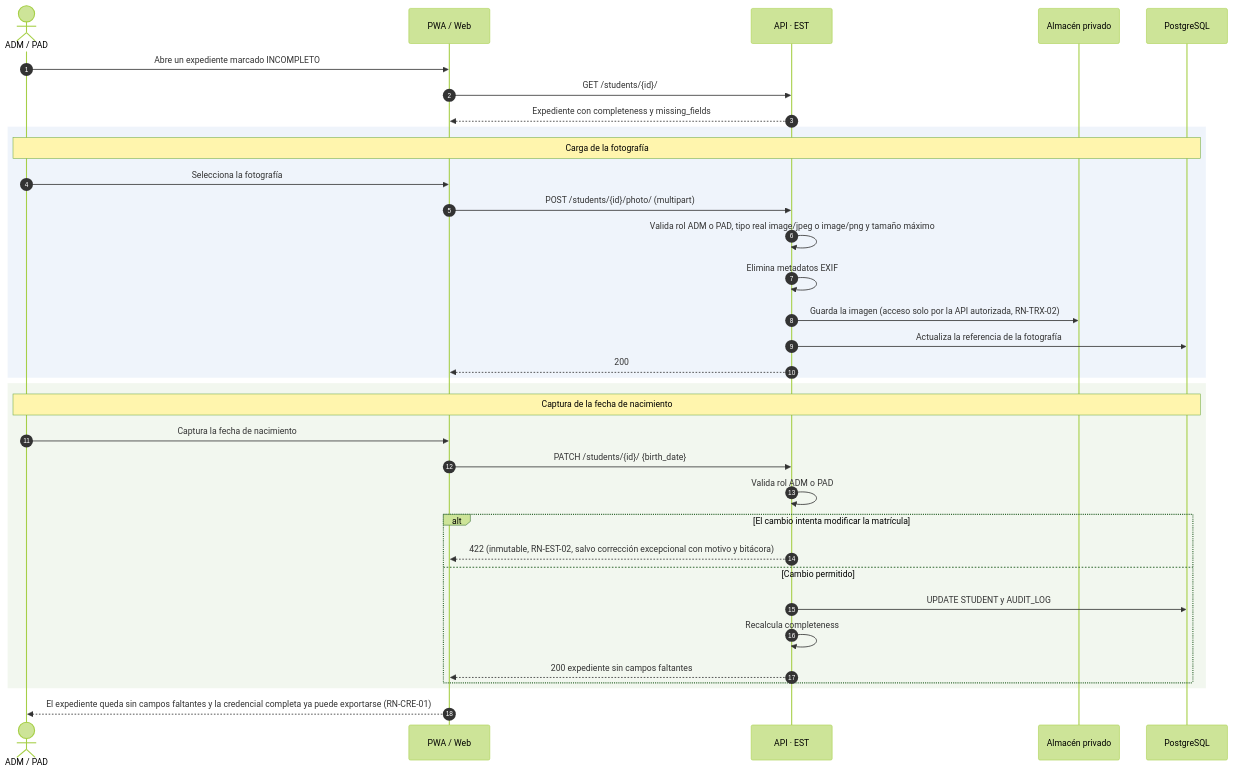
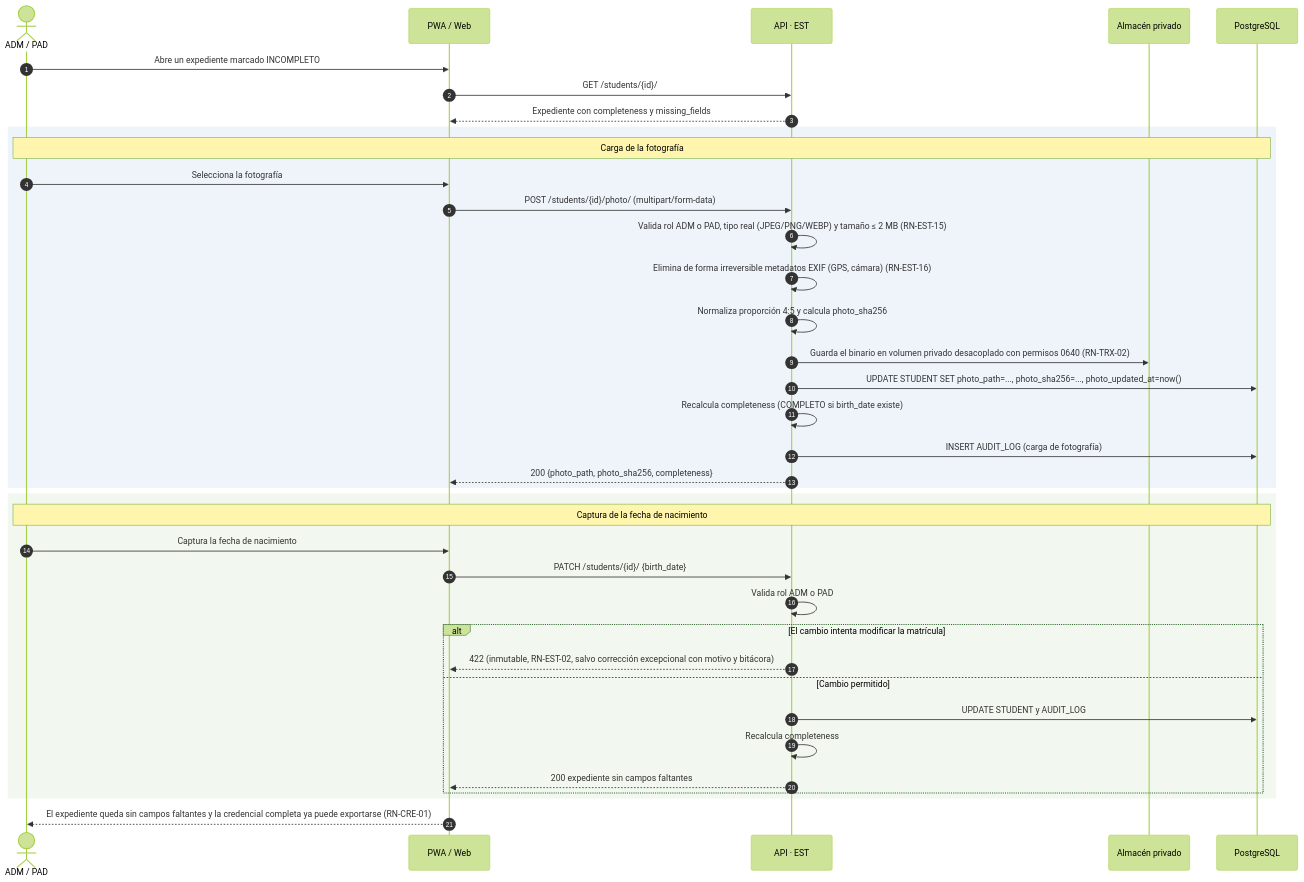
Before and after one commit to migolitofirmaditocmd/SIGE: the sixth of 24 diagrams in docs/3 Arquitectura de software/SIGE_Diagramas_de_Secuencia_v1.1.md, drawn with Mermaid (forest theme). The commit also changed other lines of this file and 48 other files, not shown here.

````diff
--- a/docs/3 Arquitectura de software/SIGE_Diagramas_de_Secuencia_v1.1.md
+++ b/docs/3 Arquitectura de software/SIGE_Diagramas_de_Secuencia_v1.1.md
@@ -323,37 +323,40 @@
 ```mermaid
 sequenceDiagram
     autonumber
     actor O as ADM / PAD
     participant W as PWA / Web
     participant A as API · EST
     participant F as Almacén privado
     participant DB as PostgreSQL
 
     O->>W: Abre un expediente marcado INCOMPLETO
     W->>A: GET /students/{id}/
     A-->>W: Expediente con completeness y missing_fields
     rect rgba(120,160,220,0.12)
     Note over O,DB: Carga de la fotografía
     O->>W: Selecciona la fotografía
-    W->>A: POST /students/{id}/photo/ (multipart)
-    A->>A: Valida rol ADM o PAD, tipo real image/jpeg o image/png y tamaño máximo
-    A->>A: Elimina metadatos EXIF
-    A->>F: Guarda la imagen (acceso solo por la API autorizada, RN-TRX-02)
-    A->>DB: Actualiza la referencia de la fotografía
-    A-->>W: 200
+    W->>A: POST /students/{id}/photo/ (multipart/form-data)
+    A->>A: Valida rol ADM o PAD, tipo real (JPEG/PNG/WEBP) y tamaño ≤ 2 MB (RN-EST-15)
+    A->>A: Elimina de forma irreversible metadatos EXIF (GPS, cámara) (RN-EST-16)
+    A->>A: Normaliza proporción 4:5 y calcula photo_sha256
+    A->>F: Guarda el binario en volumen privado desacoplado con permisos 0640 (RN-TRX-02)
+    A->>DB: UPDATE STUDENT SET photo_path=..., photo_sha256=..., photo_updated_at=now()
+    A->>A: Recalcula completeness (COMPLETO si birth_date existe)
+    A->>DB: INSERT AUDIT_LOG (carga de fotografía)
+    A-->>W: 200 {photo_path, photo_sha256, completeness}
     end
     rect rgba(160,200,140,0.14)
     Note over O,DB: Captura de la fecha de nacimiento
     O->>W: Captura la fecha de nacimiento
     W->>A: PATCH /students/{id}/ {birth_date}
     A->>A: Valida rol ADM o PAD
     alt El cambio intenta modificar la matrícula
         A-->>W: 422 (inmutable, RN-EST-02, salvo corrección excepcional con motivo y bitácora)
     else Cambio permitido
         A->>DB: UPDATE STUDENT y AUDIT_LOG
         A->>A: Recalcula completeness
         A-->>W: 200 expediente sin campos faltantes
     end
     end
     W-->>O: El expediente queda sin campos faltantes y la credencial completa ya puede exportarse (RN-CRE-01)
 ```
````
